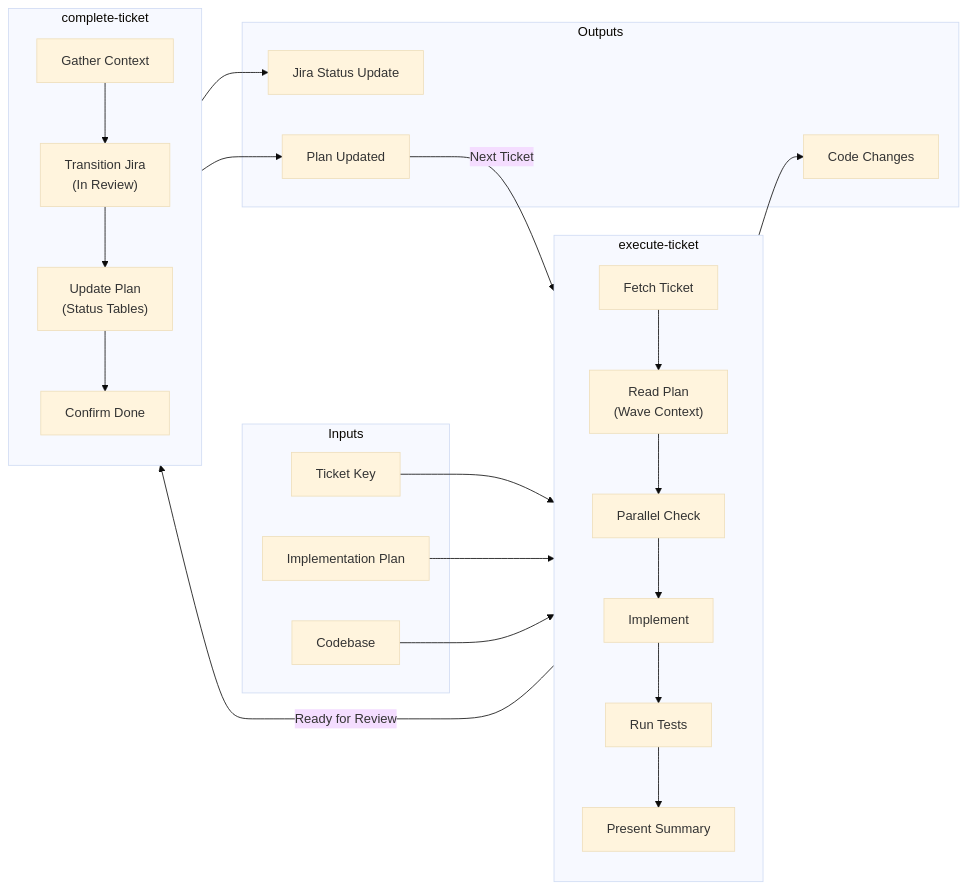
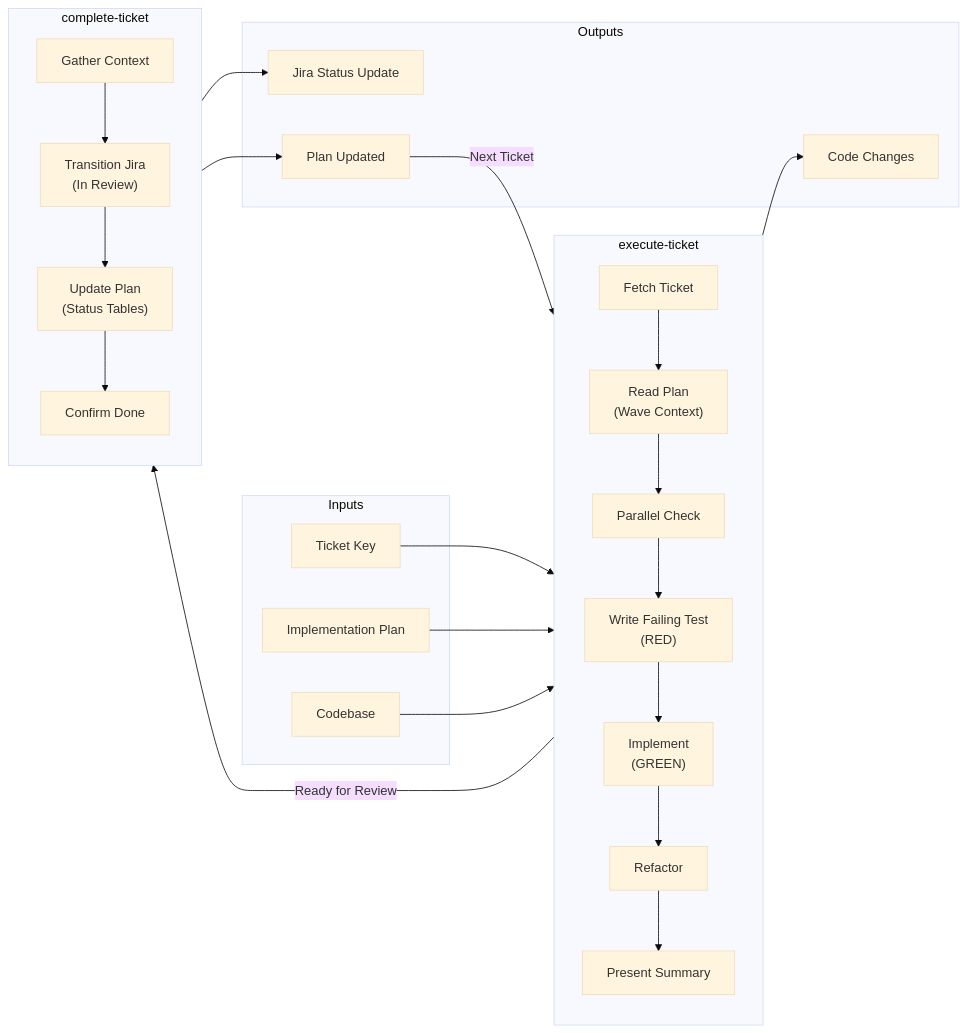
One commit to Jeffallan/claude-skills changed the fourth of 5 diagrams in docs/WORKFLOW_COMMANDS.md. Above: the diagram before and after it, drawn with Mermaid (base theme). The commit also changed other lines of this file and 3 other files, not shown here.

First line of the commit message:
feat(commands): make execute-ticket write a failing test first

````diff
--- a/docs/WORKFLOW_COMMANDS.md
+++ b/docs/WORKFLOW_COMMANDS.md
@@ -422,45 +422,46 @@
 ```mermaid
 flowchart LR
     subgraph Inputs
         TK["Ticket Key"]
         IP["Implementation Plan"]
         CB["Codebase"]
     end
 
     subgraph Execute["execute-ticket"]
         direction TB
         FT["Fetch Ticket"]
         RP["Read Plan<br/>(Wave Context)"]
         PC["Parallel Check"]
-        IM["Implement"]
-        TS["Run Tests"]
+        FT2["Write Failing Test<br/>(RED)"]
+        IM["Implement<br/>(GREEN)"]
+        RF["Refactor"]
         PS["Present Summary"]
 
-        FT --> RP --> PC --> IM --> TS --> PS
+        FT --> RP --> PC --> FT2 --> IM --> RF --> PS
     end
 
     subgraph Complete["complete-ticket"]
         direction TB
         GT["Gather Context"]
         TJ["Transition Jira<br/>(In Review)"]
         UP["Update Plan<br/>(Status Tables)"]
         CF["Confirm Done"]
 
         GT --> TJ --> UP --> CF
     end
 
     subgraph Outputs
         CD["Code Changes"]
         JS["Jira Status Update"]
         PU["Plan Updated"]
     end
 
     TK --> Execute
     IP --> Execute
     CB --> Execute
     Execute --> CD
     Execute -->|"Ready for Review"| Complete
     Complete --> JS
     Complete --> PU
     PU -->|"Next Ticket"| Execute
 ```
````
